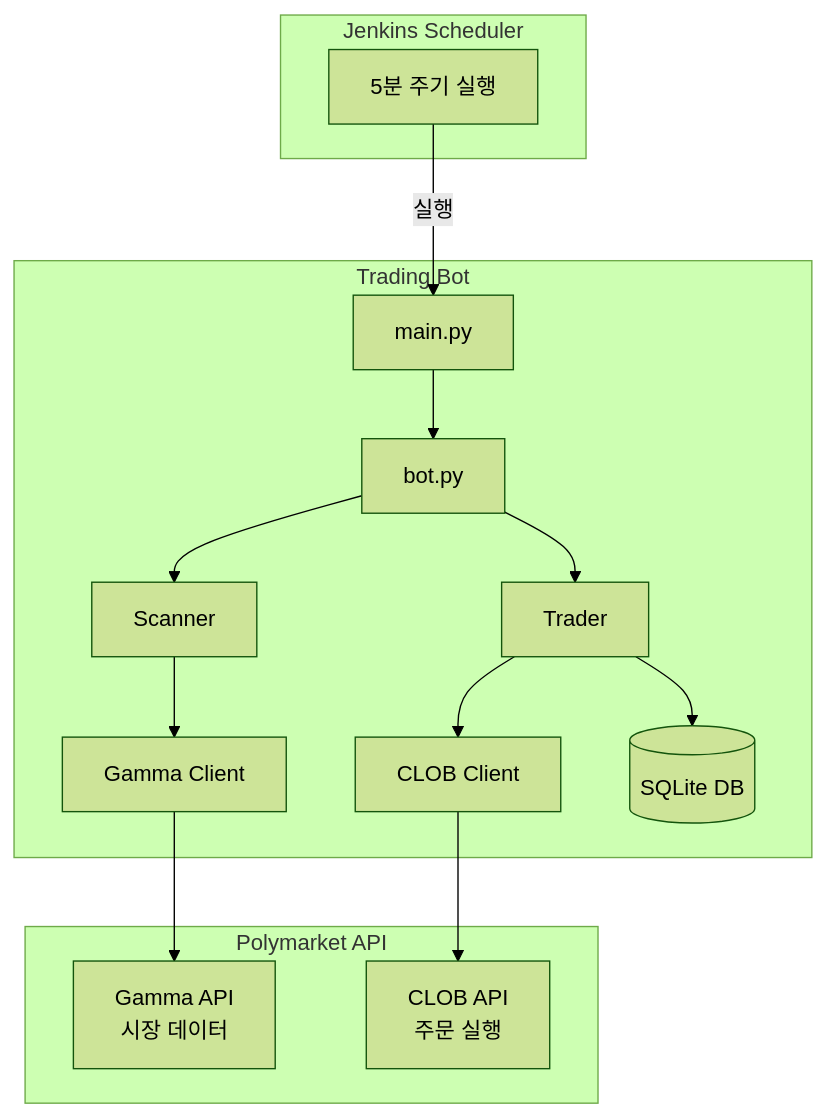
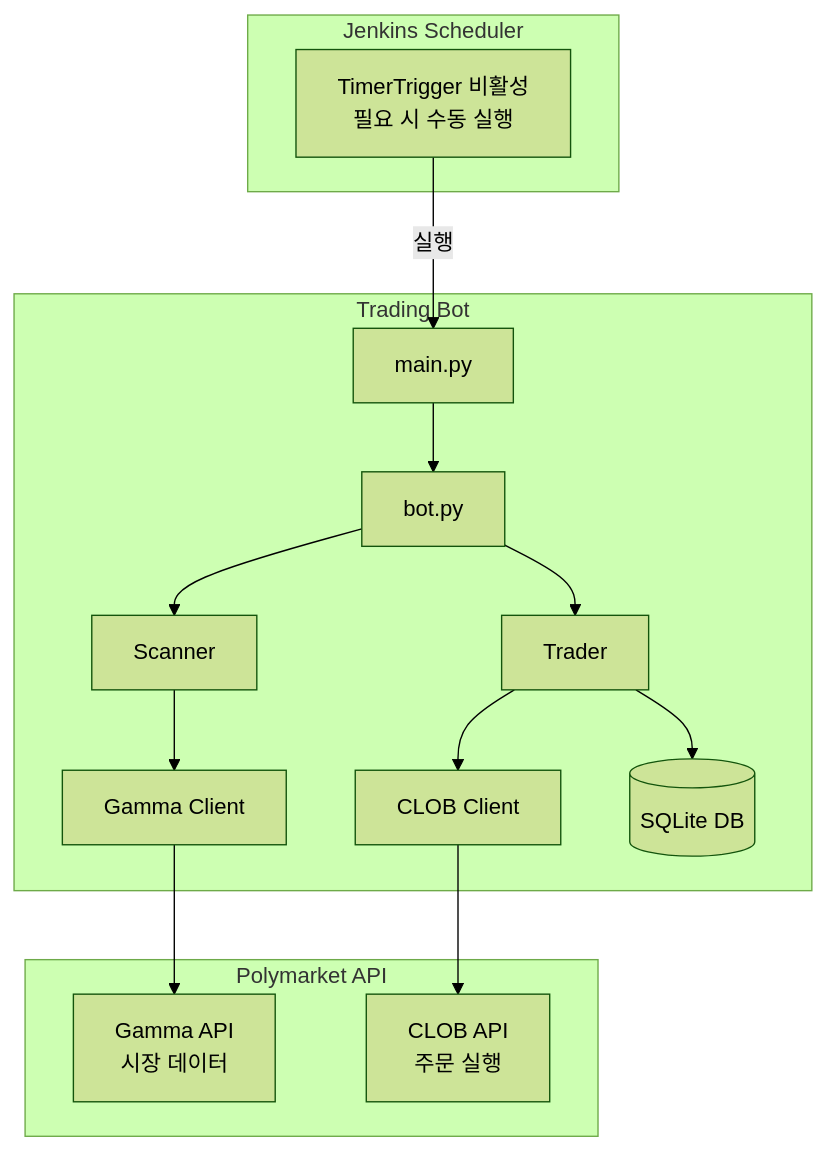
Before and after one commit to izowooi/golden-burger: the first of 2 diagrams in golden-cherry/README.md, drawn with Mermaid (forest theme). The commit also changed other lines of this file and 158 other files, not shown here.

````diff
--- a/golden-cherry/README.md
+++ b/golden-cherry/README.md
@@ -16,24 +26,24 @@
 ```mermaid
 flowchart TB
     subgraph Jenkins["Jenkins Scheduler"]
-        JOB[5분 주기 실행]
+        JOB[TimerTrigger 비활성<br/>필요 시 수동 실행]
     end
 
     subgraph Bot["Trading Bot"]
         MAIN[main.py] --> BOT[bot.py]
         BOT --> SCANNER[Scanner]
         BOT --> TRADER[Trader]
         SCANNER --> GAMMA[Gamma Client]
         TRADER --> CLOB[CLOB Client]
         TRADER --> DB[(SQLite DB)]
     end
 
     subgraph Polymarket["Polymarket API"]
         GAMMA_API[Gamma API<br/>시장 데이터]
         CLOB_API[CLOB API<br/>주문 실행]
     end
 
     JOB -->|실행| MAIN
     GAMMA --> GAMMA_API
     CLOB --> CLOB_API
 ```
````
